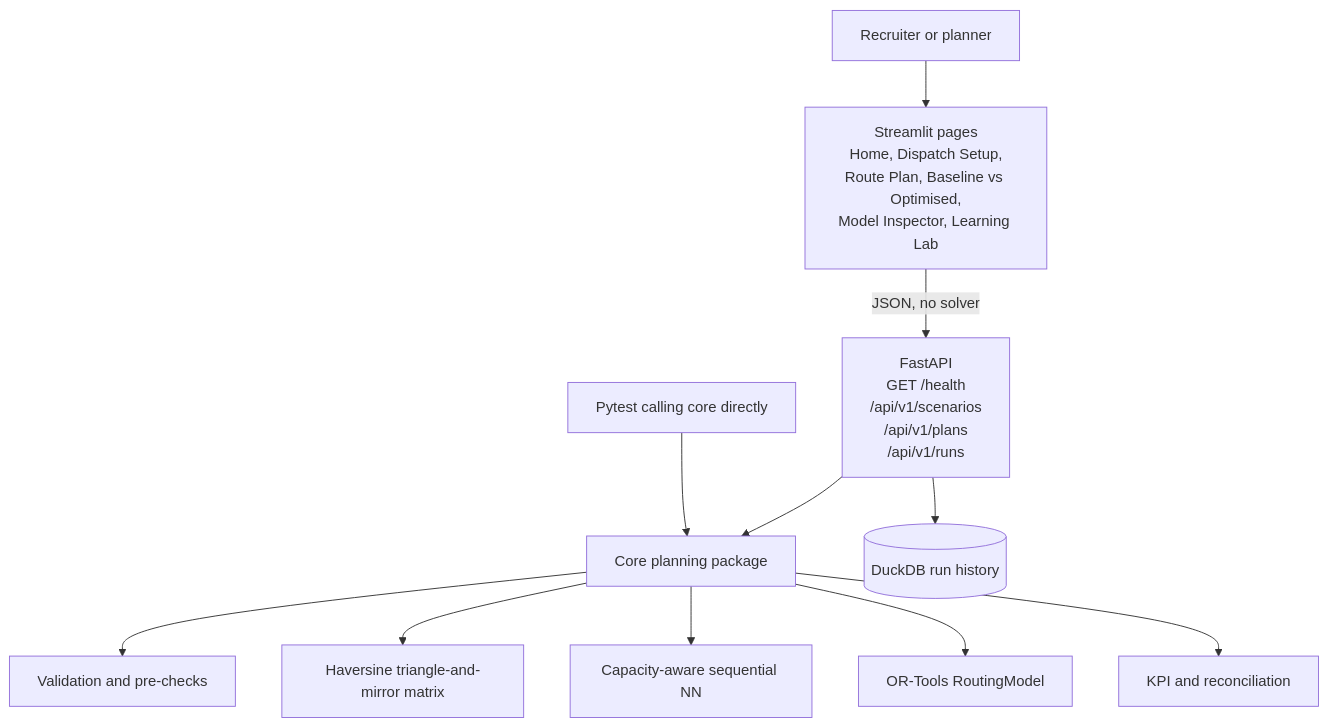
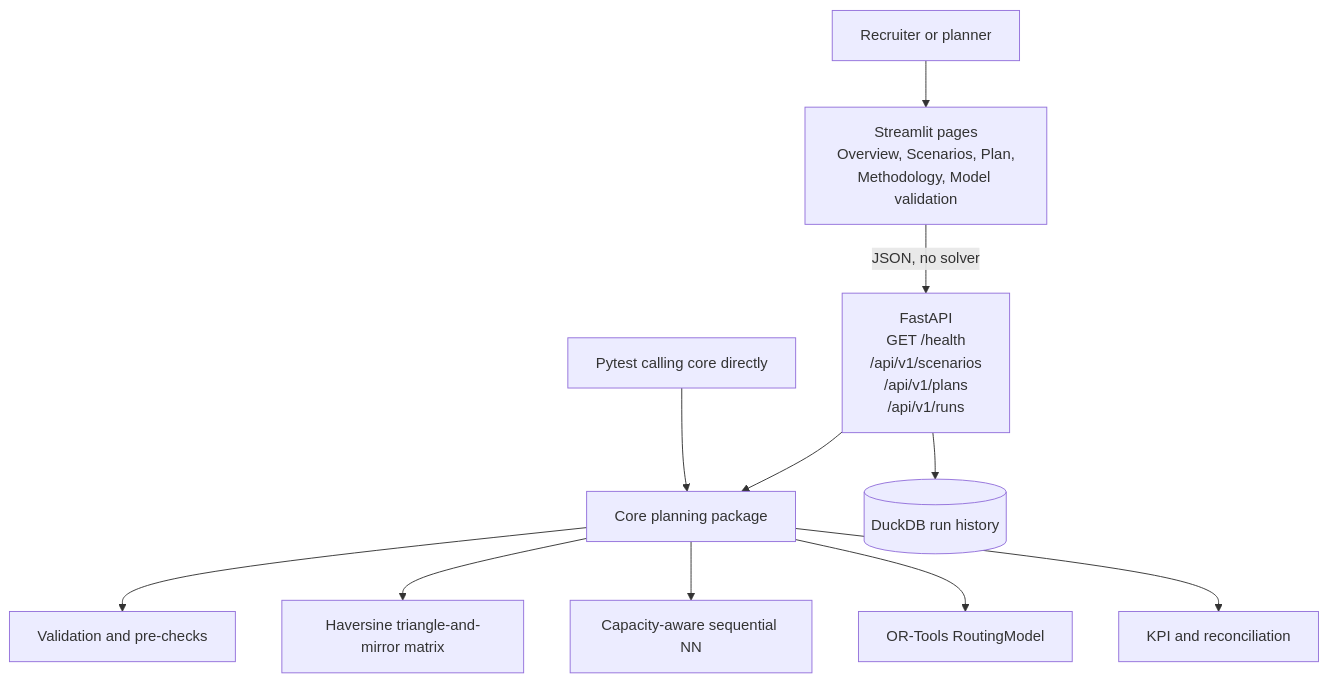
One commit to syeddanishali17/LastMileLab2 changed the diagram in docs/architecture.md. Above: the diagram before and after it, drawn with Mermaid. The commit also changed other lines of this file and 40 other files, not shown here.

````diff
--- a/docs/architecture.md
+++ b/docs/architecture.md
@@ -29,25 +29,25 @@
 ```mermaid
 flowchart TD
   user[Recruiter or planner]
-  ui[Streamlit pages<br/>Home, Dispatch Setup,<br/>Route Plan, Baseline vs Optimised,<br/>Model Inspector, Learning Lab]
+  ui[Streamlit pages<br/>Overview, Scenarios, Plan,<br/>Methodology, Model validation]
   api[FastAPI<br/>GET /health<br/>/api/v1/scenarios<br/>/api/v1/plans<br/>/api/v1/runs]
   core[Core planning package]
   val[Validation and pre-checks]
   dist[Haversine triangle-and-mirror matrix]
   nn[Capacity-aware sequential NN]
   ort[OR-Tools RoutingModel]
   kpi[KPI and reconciliation]
   db[(DuckDB run history)]
   tests[Pytest calling core directly]
 
   user --> ui
   ui -->|JSON, no solver| api
   api --> core
   core --> val
   core --> dist
   core --> nn
   core --> ort
   core --> kpi
   api --> db
   tests --> core
 ```
````
